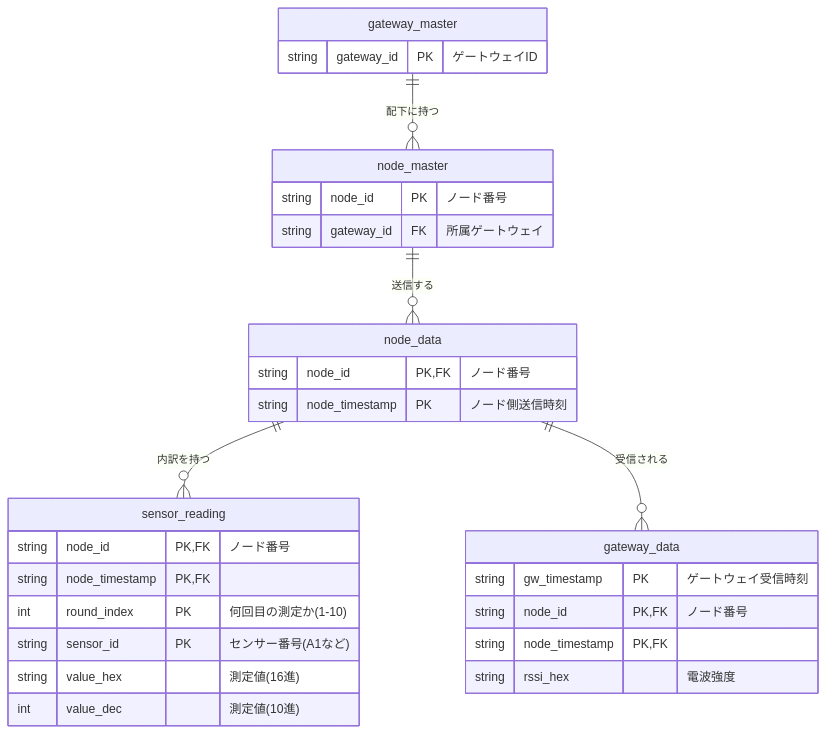
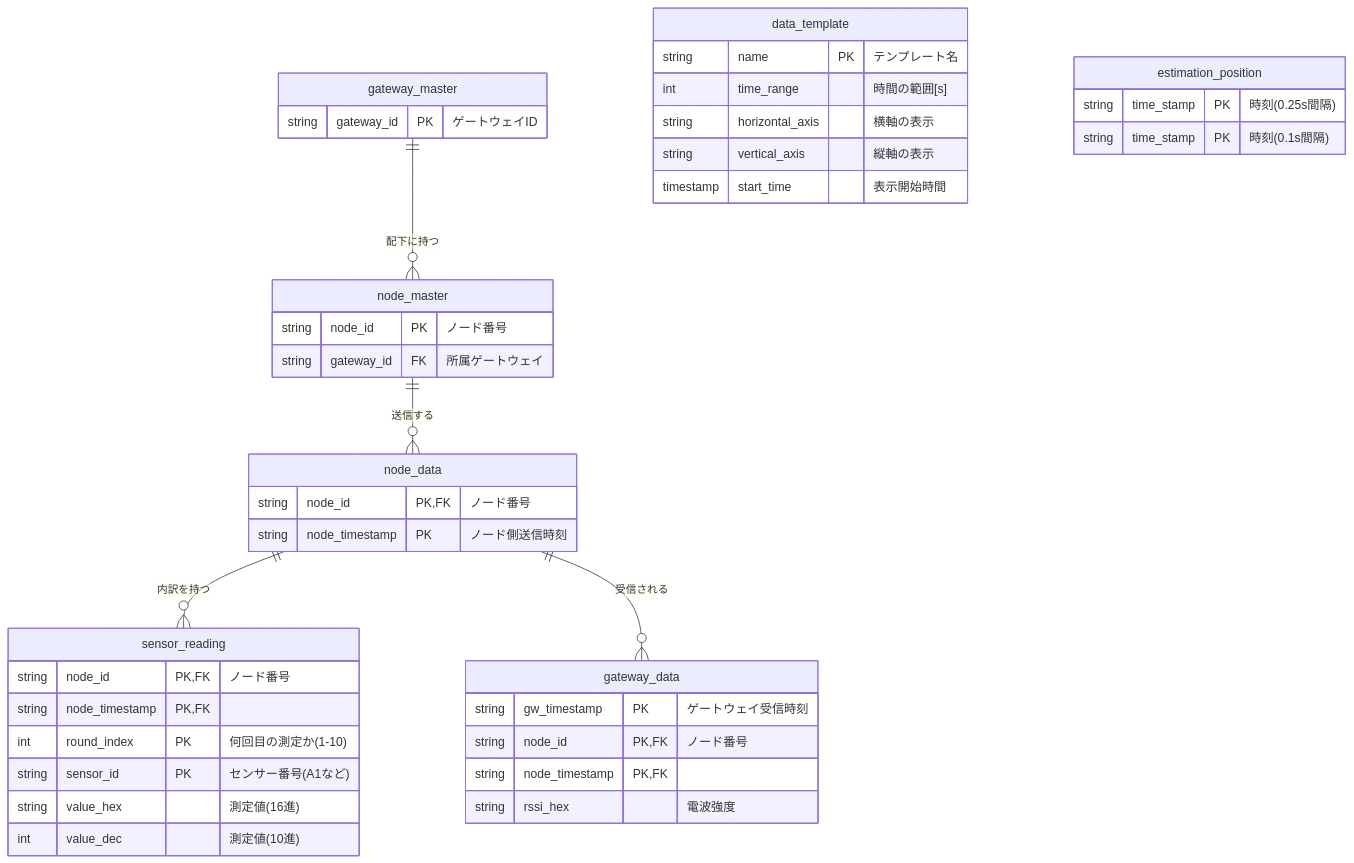
Before and after one commit to ShouSawa/AnimalMiru: the diagram in UML/ER_diagram.md, drawn with Mermaid. The commit also changed 5 other files, not shown here.

````diff
--- a/UML/ER_diagram.md
+++ b/UML/ER_diagram.md
@@ -1,37 +1,51 @@
 ```mermaid
 erDiagram
   gateway_master {
     string gateway_id PK "ゲートウェイID"
   }
 
   node_master {
     string node_id PK "ノード番号"
     string gateway_id FK "所属ゲートウェイ"
   }
 
   node_data {
     string node_id PK,FK "ノード番号"
     string node_timestamp PK "ノード側送信時刻"
   }
 
   sensor_reading {
     string node_id PK,FK "ノード番号"
     string node_timestamp PK,FK ""
     int round_index PK "何回目の測定か(1-10)"
     string sensor_id PK "センサー番号(A1など)"
     string value_hex "測定値(16進)"
     int value_dec "測定値(10進)"
   }
 
   gateway_data {
     string gw_timestamp PK "ゲートウェイ受信時刻"
     string node_id PK,FK "ノード番号"
     string node_timestamp PK,FK ""
     string rssi_hex "電波強度"
   }
 
   gateway_master ||--o{ node_master : "配下に持つ"
   node_master ||--o{ node_data : "送信する"
   node_data ||--o{ sensor_reading : "内訳を持つ"
   node_data ||--o{ gateway_data : "受信される"
+
+  data_template {
+    string name PK "テンプレート名"
+    int time_range "時間の範囲[s]"
+    string horizontal_axis "横軸の表示"
+    string vertical_axis "縦軸の表示"
+    timestamp start_time "表示開始時間"
+  }
+
+  estimation_position {
+    string time_stamp PK "時刻(0.25s間隔)"
+    string time_stamp PK "時刻(0.1s間隔)"
+  }
+
 ```
````
